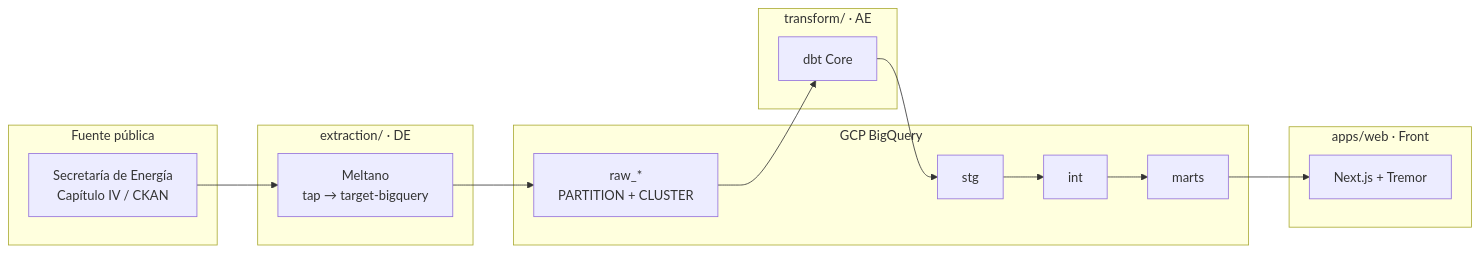
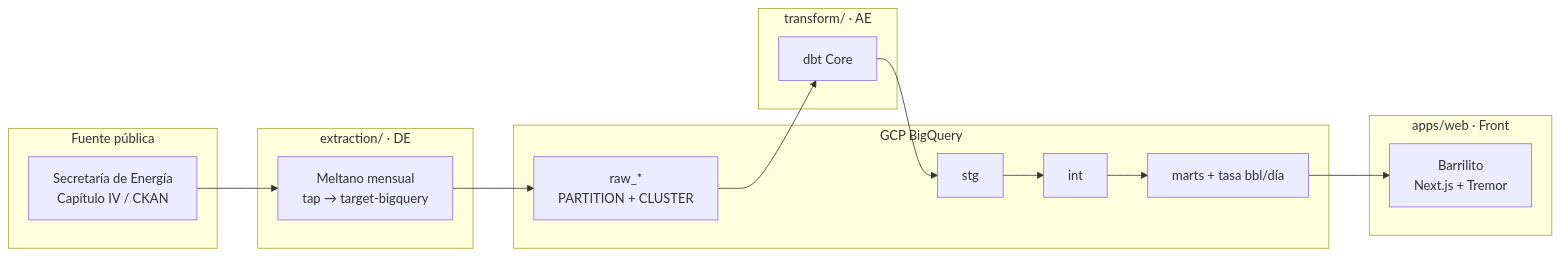
The first of 2 diagrams in README.md (nrohland/vaca-muerta-pulse), drawn with Mermaid before and after one commit. The commit also changed other lines of this file and 7 other files, not shown here.

````diff
--- a/README.md
+++ b/README.md
@@ -46,25 +61,25 @@
 ```mermaid
 flowchart LR
   subgraph Fuente["Fuente pública"]
     SE["Secretaría de Energía<br/>Capítulo IV / CKAN"]
   end
   subgraph DE["extraction/ · DE"]
-    M["Meltano<br/>tap → target-bigquery"]
+    M["Meltano mensual<br/>tap → target-bigquery"]
   end
   subgraph BQ["GCP BigQuery"]
     RAW["raw_*<br/>PARTITION + CLUSTER"]
     STG["stg"]
     INT["int"]
-    MART["marts"]
+    MART["marts + tasa bbl/día"]
   end
   subgraph AE["transform/ · AE"]
     DBT["dbt Core"]
   end
   subgraph Front["apps/web · Front"]
-    WEB["Next.js + Tremor"]
+    WEB["Barrilito<br/>Next.js + Tremor"]
   end
   SE --> M --> RAW
   RAW --> DBT
   DBT --> STG --> INT --> MART
   MART --> WEB
 ```
````
